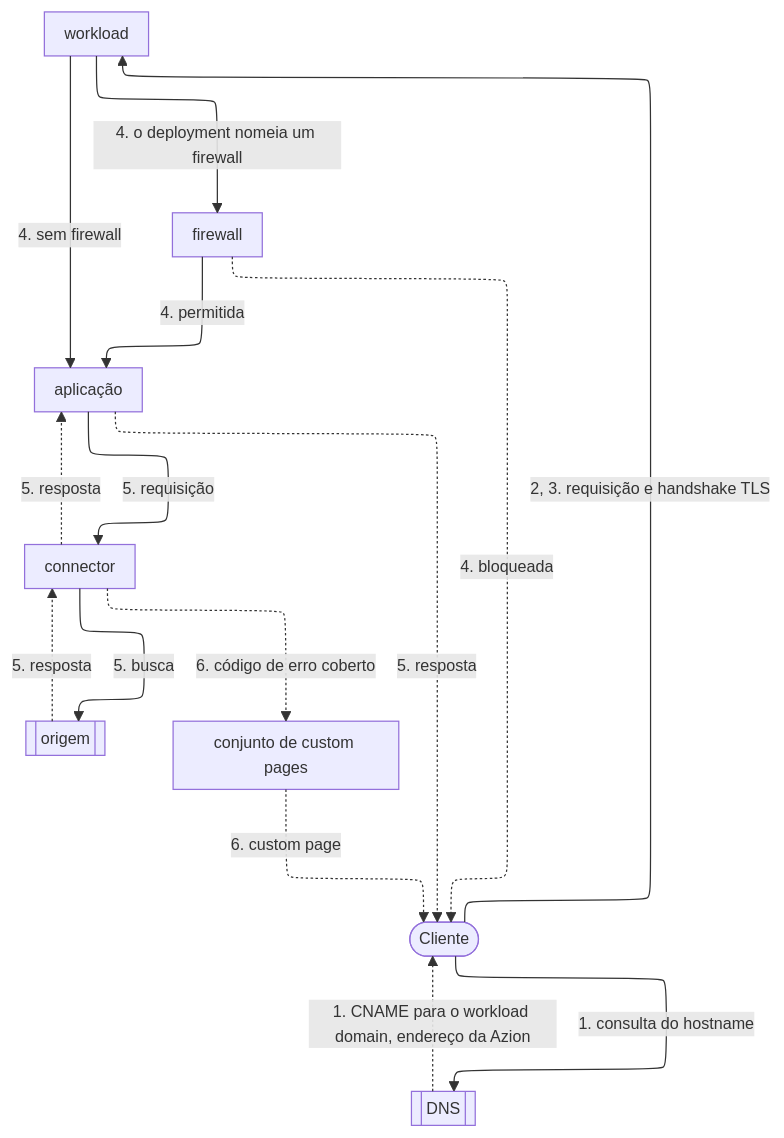
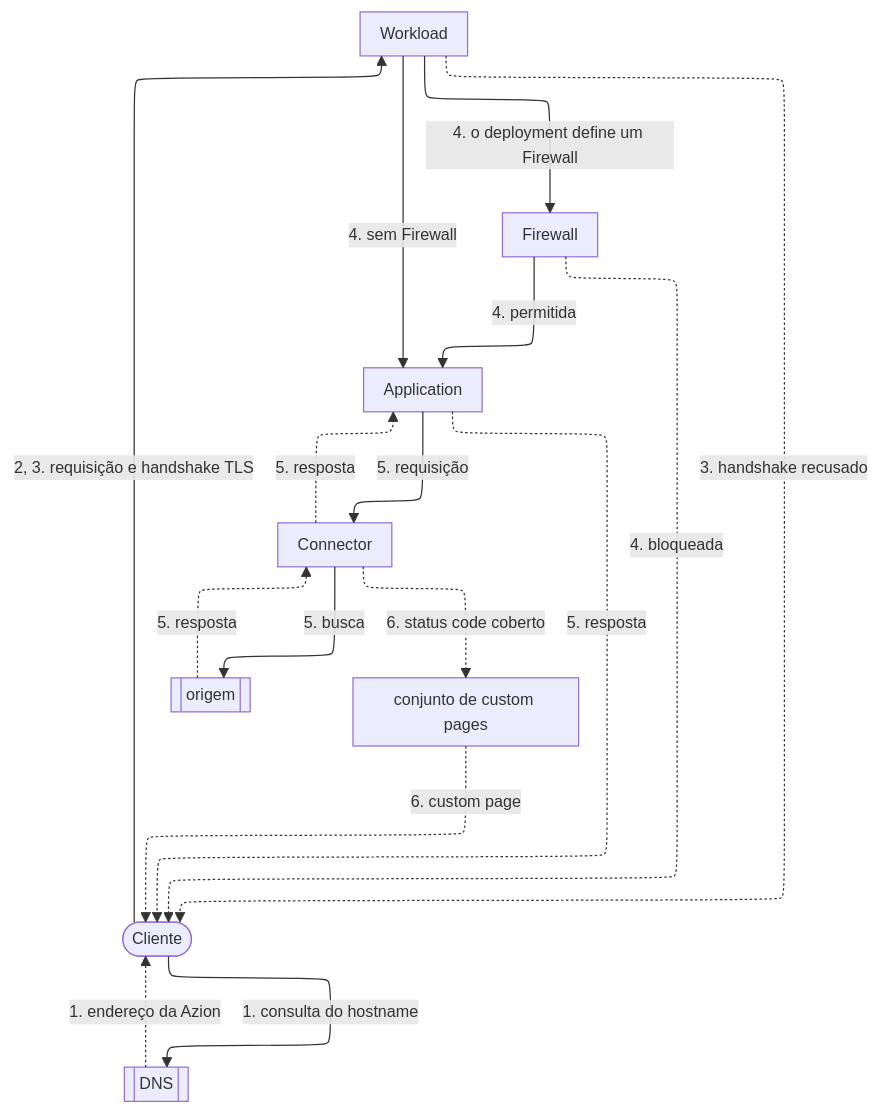
One commit to aziontech/docs changed the diagram in apps/docs/src/content/docs/pt-br/pages/menu-principal/referencia/secure/workloads/workloads.mdx. Above: the diagram before and after it, drawn with Mermaid. The commit also changed other lines of this file and 1 other file, not shown here.

First line of the commit message:
docs(workloads): define Workloads by its role and show the request path first on the Overview

````diff
--- a/apps/docs/src/content/docs/pt-br/pages/menu-principal/referencia/secure/workloads/workloads.mdx
+++ b/apps/docs/src/content/docs/pt-br/pages/menu-principal/referencia/secure/workloads/workloads.mdx
@@ -88,26 +31,27 @@
 ```mermaid
 %%{init: {"layout": "elk", "elk": {"preset": "modelOrder", "keepEntryNodeOnTop": true}, "themeVariables": {"fontSize": "13px"}, "flowchart": {"nodeSpacing": 24, "rankSpacing": 36, "padding": 8, "wrappingWidth": 150, "useMaxWidth": true}, "sequence": {"width": 120, "actorMargin": 30, "useMaxWidth": true}}}%%
 flowchart TD
   Client(["Cliente"])
   DNS[["DNS"]]
-  WL["workload"]
-  FW["firewall"]
-  App["aplicação"]
-  Conn["connector"]
+  WL["Workload"]
+  FW["Firewall"]
+  App["Application"]
+  Conn["Connector"]
   Origin[["origem"]]
   CP["conjunto de custom pages"]
   Client -->|"1. consulta do hostname"| DNS
-  DNS -.->|"1. CNAME para o workload domain, endereço da Azion"| Client
+  DNS -.->|"1. endereço da Azion"| Client
   Client -->|"2, 3. requisição e handshake TLS"| WL
-  WL -->|"4. o deployment nomeia um firewall"| FW
-  WL -->|"4. sem firewall"| App
+  WL -.->|"3. handshake recusado"| Client
+  WL -->|"4. o deployment define um Firewall"| FW
+  WL -->|"4. sem Firewall"| App
   FW -->|"4. permitida"| App
   FW -.->|"4. bloqueada"| Client
   App -->|"5. requisição"| Conn
   Conn -->|"5. busca"| Origin
   Origin -.->|"5. resposta"| Conn
   Conn -.->|"5. resposta"| App
   App -.->|"5. resposta"| Client
-  Conn -.->|"6. código de erro coberto"| CP
+  Conn -.->|"6. status code coberto"| CP
   CP -.->|"6. custom page"| Client
 ```
````
